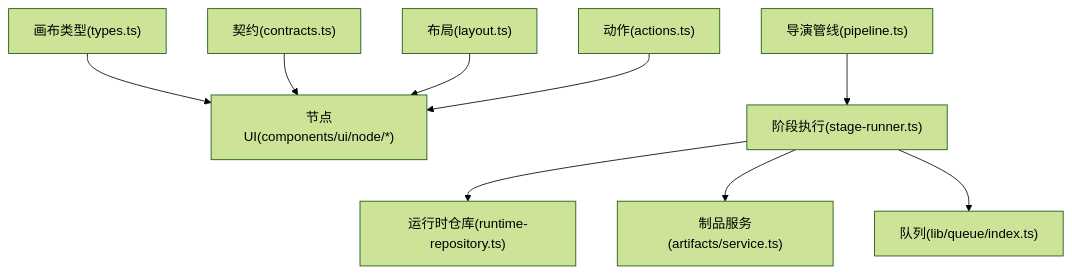
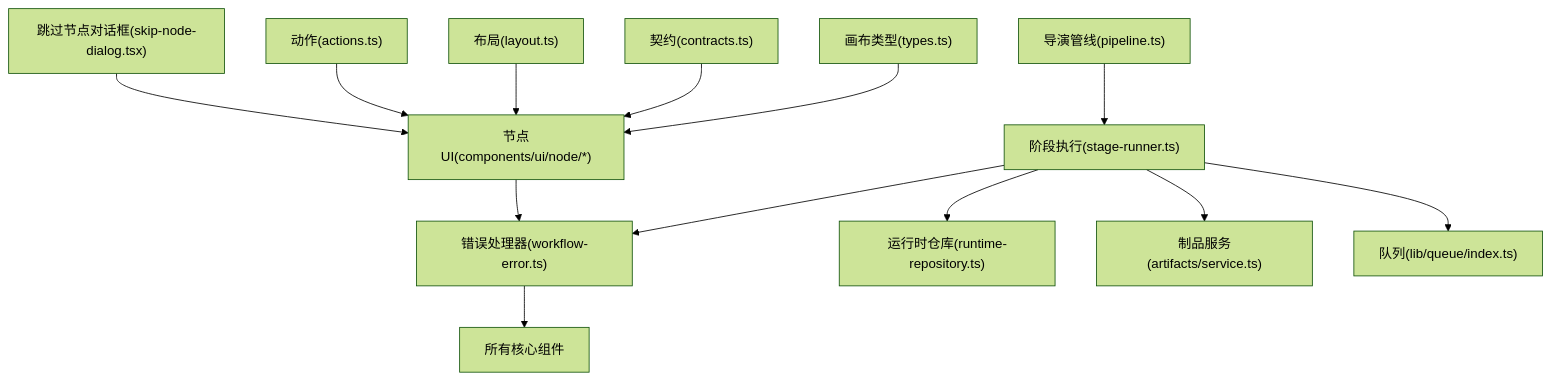
Diagram 15 of 15 in .qoder/repowiki/zh/content/画布编辑器/画布编辑器.md (scottcwy/PurpleInk), drawn with Mermaid (forest theme) before and after one commit. The commit also changed other lines of this file and 109 other files, not shown here.

````diff
--- a/.qoder/repowiki/zh/content/画布编辑器/画布编辑器.md
+++ b/.qoder/repowiki/zh/content/画布编辑器/画布编辑器.md
@@ -554,11 +733,15 @@
 ```mermaid
 graph TB
 Types["画布类型(types.ts)"] --> UI["节点UI(components/ui/node/*)"]
 Contracts["契约(contracts.ts)"] --> UI
 Layout["布局(layout.ts)"] --> UI
 Actions["动作(actions.ts)"] --> UI
+SkipDialog["跳过节点对话框(skip-node-dialog.tsx)"] --> UI
+ErrorHandler["错误处理器(workflow-error.ts)"] --> All["所有核心组件"]
 Pipeline["导演管线(pipeline.ts)"] --> Runner["阶段执行(stage-runner.ts)"]
 Runner --> Repo["运行时仓库(runtime-repository.ts)"]
 Runner --> Artifacts["制品服务(artifacts/service.ts)"]
 Runner --> Queue["队列(lib/queue/index.ts)"]
+Runner --> ErrorHandler
+UI --> ErrorHandler
 ```
````
